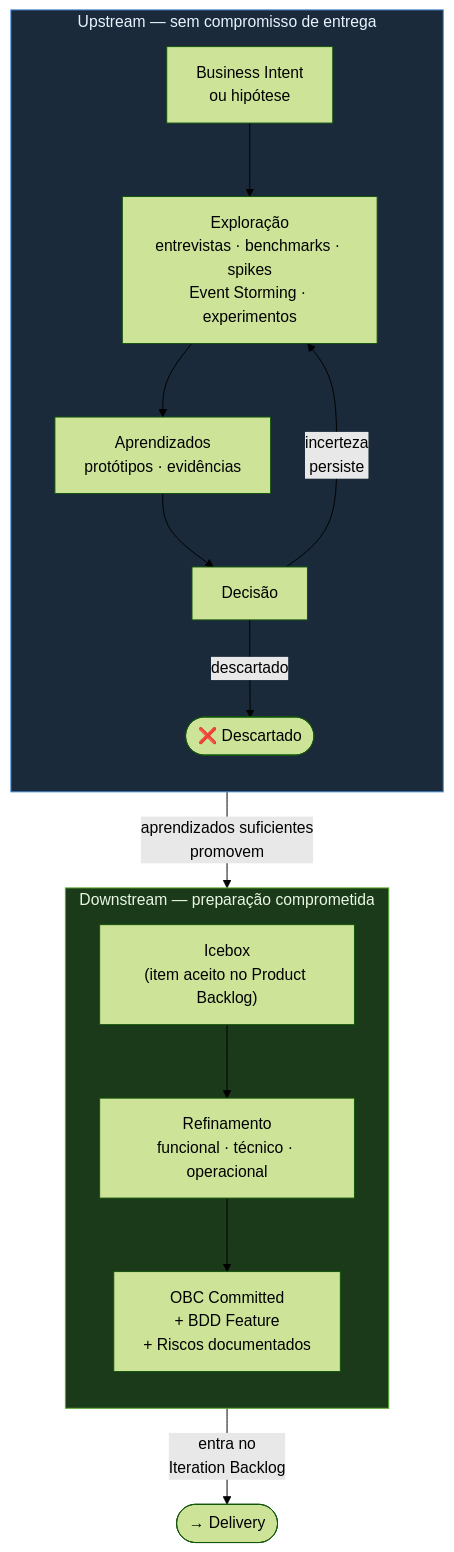
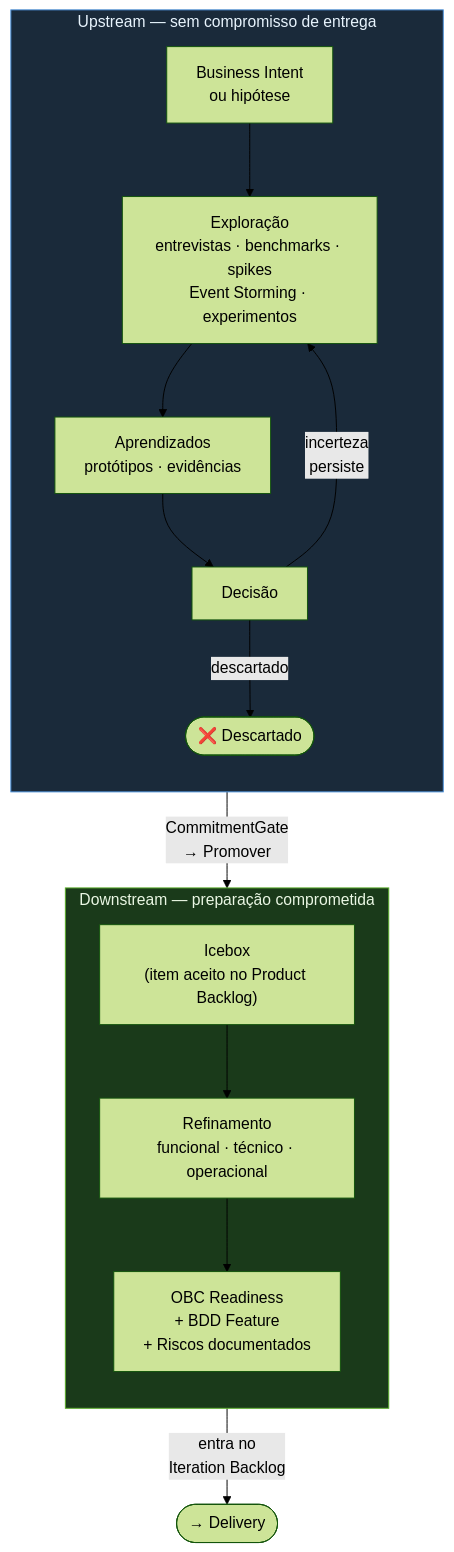
The diagram in prodops/framework/journeys/discovery/README.md (produtoreativo/spire), drawn with Mermaid (forest theme) before and after one commit. The commit also changed other lines of this file and 562 other files, not shown here.

````diff
--- a/prodops/framework/journeys/discovery/README.md
+++ b/prodops/framework/journeys/discovery/README.md
@@ -3,27 +3,27 @@
 ```mermaid
 flowchart TD
     subgraph UP["Upstream — sem compromisso de entrega"]
         direction TB
         INT["Business Intent\nou hipótese"]
         EXP["Exploração\nentrevistas · benchmarks · spikes\nEvent Storming · experimentos"]
         LEARN["Aprendizados\nprotótipos · evidências"]
         DISC["Decisão"]
         INT --> EXP --> LEARN --> DISC
         DISC -->|"incerteza\npersiste"| EXP
         DISC -->|"descartado"| DISCARD(["❌ Descartado"])
     end
 
     subgraph DOWN["Downstream — preparação comprometida"]
         direction TB
         ICE["Icebox\n(item aceito no Product Backlog)"]
         REF["Refinamento\nfuncional · técnico · operacional"]
-        OBC["OBC Committed\n+ BDD Feature\n+ Riscos documentados"]
+        OBC["OBC Readiness\n+ BDD Feature\n+ Riscos documentados"]
         ICE --> REF --> OBC
     end
 
-    DISC -->|"aprendizados suficientes\npromovem"| DOWN
+    DISC -->|"CommitmentGate\n→ Promover"| DOWN
     OBC -->|"entra no\nIteration Backlog"| NEXT(["→ Delivery"])
 
     style UP fill:#1a2a3a,stroke:#4a90d9,color:#e8f4fd
     style DOWN fill:#1a3a1a,stroke:#5aad2a,color:#eaf7e4
 ```
````
